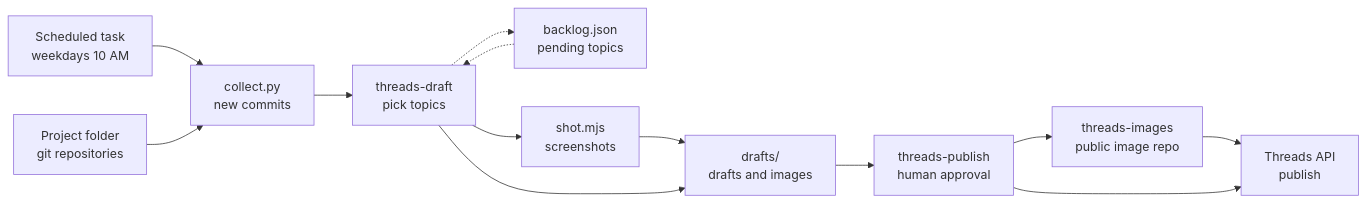
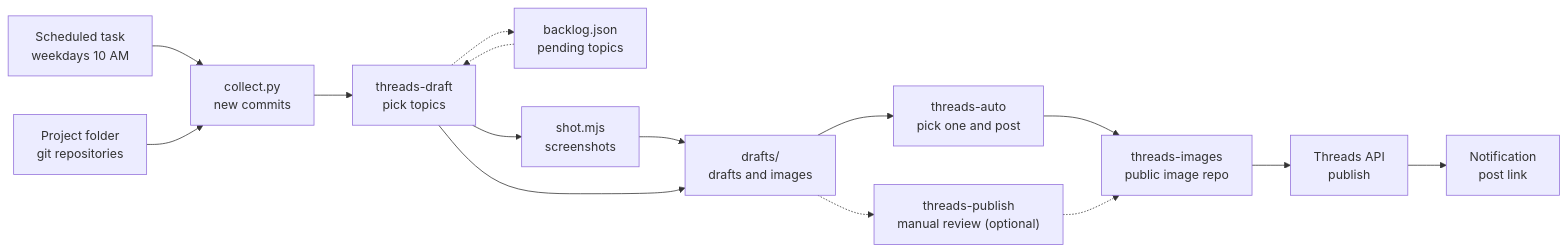
One commit to mivomad33/thread-manager changed the diagram in README.en.md. Above: the diagram before and after it, drawn with Mermaid. The commit also changed other lines of this file and 8 other files, not shown here.

````diff
--- a/README.en.md
+++ b/README.en.md
@@ -33,15 +33,17 @@
 ```mermaid
 flowchart LR
   S["Scheduled task<br/>weekdays 10 AM"] --> B["collect.py<br/>new commits"]
   A["Project folder<br/>git repositories"] --> B
   B --> C["threads-draft<br/>pick topics"]
   K["backlog.json<br/>pending topics"] -.-> C
   C -.-> K
   C --> D["shot.mjs<br/>screenshots"]
   D --> E["drafts/<br/>drafts and images"]
   C --> E
-  E --> F["threads-publish<br/>human approval"]
+  E --> F["threads-auto<br/>pick one and post"]
+  E -.-> P["threads-publish<br/>manual review (optional)"]
   F --> G["threads-images<br/>public image repo"]
+  P -.-> G
   G --> H["Threads API<br/>publish"]
-  F --> H
+  H --> N["Notification<br/>post link"]
 ```
````
